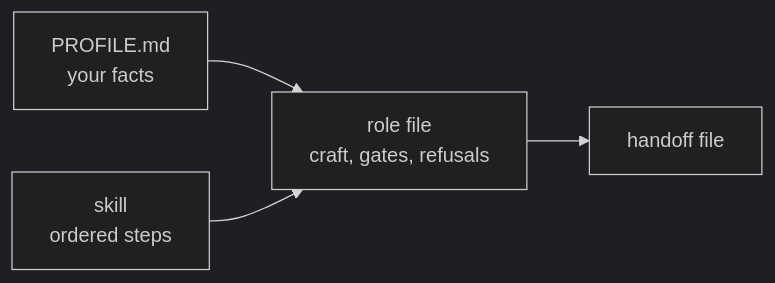
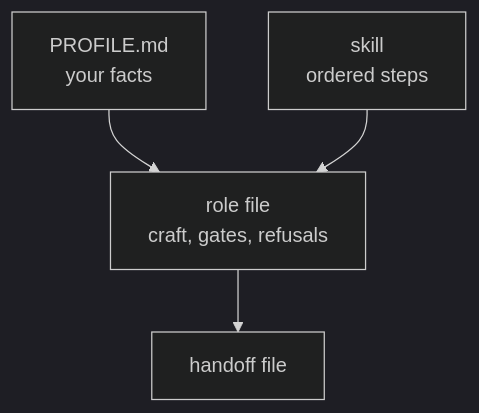
Before and after one commit to vsdudakov/troika: the diagram in docs/concepts/roles.md, drawn with Mermaid (dark theme). The commit also changed other lines of this file and 61 other files, not shown here.

````diff
--- a/docs/concepts/roles.md
+++ b/docs/concepts/roles.md
@@ -53,6 +53,6 @@
 ```mermaid
-flowchart LR
+flowchart TD
     P[PROFILE.md<br/>your facts] --> R[role file<br/>craft, gates, refusals]
     S[skill<br/>ordered steps] --> R
     R --> O[handoff file]
 ```
````
